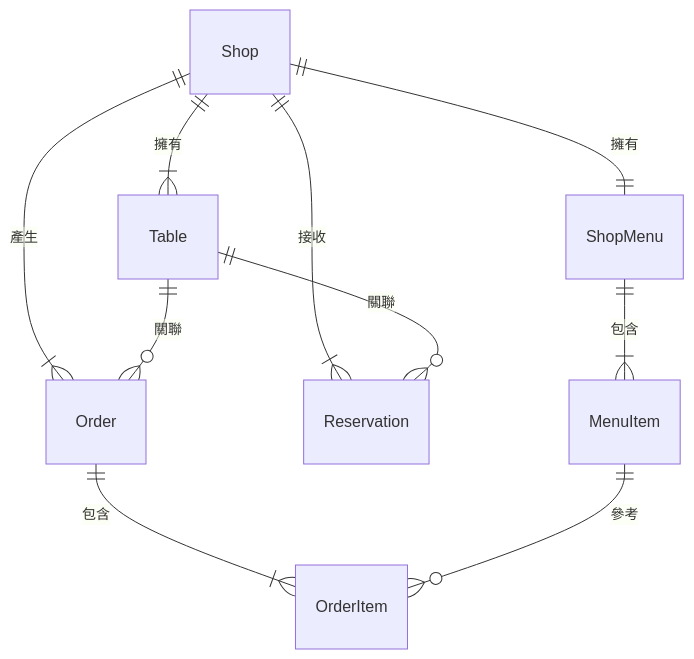
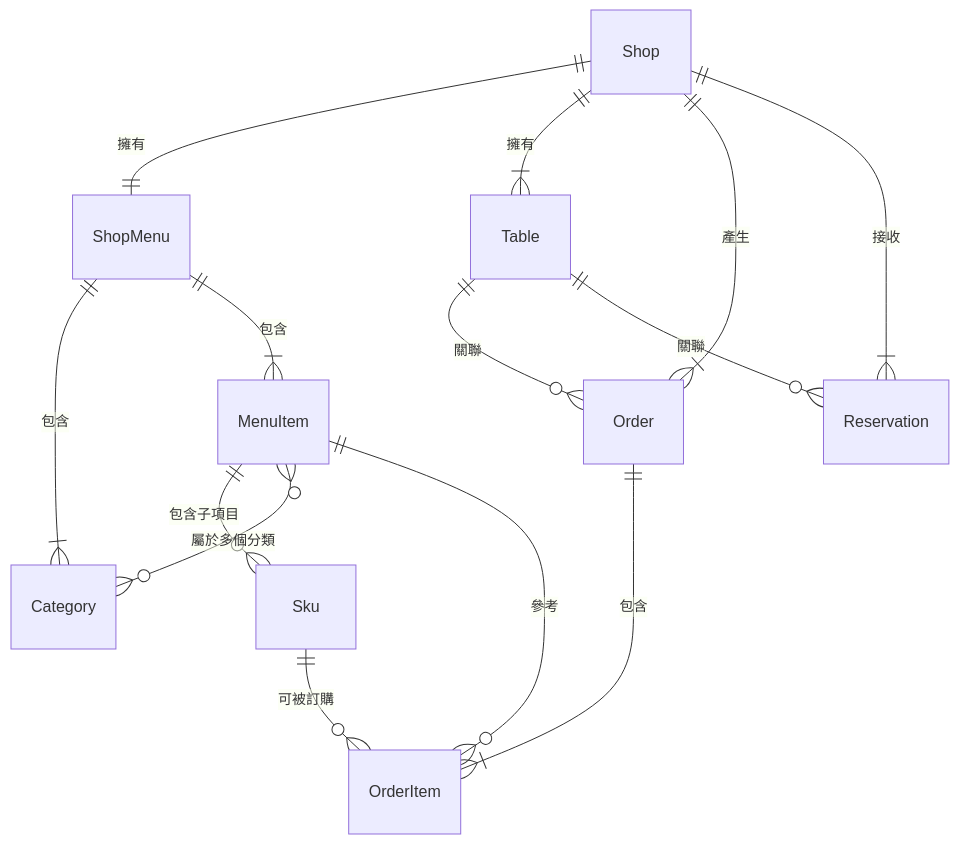
The diagram in doc/data_structure.md (yinflora/smartorder-next), drawn with Mermaid before and after one commit. The commit also changed other lines of this file, not shown here.

First line of the commit message:
docs: enhance menu and order data structure

````diff
--- a/doc/data_structure.md
+++ b/doc/data_structure.md
@@ -97,12 +321,16 @@
 ```mermaid
 erDiagram
     Shop ||--|| ShopMenu : "擁有"
     Shop ||--|{ Table : "擁有"
     Shop ||--|{ Order : "產生"
     Shop ||--|{ Reservation : "接收"
+    ShopMenu ||--|{ Category : "包含"
     ShopMenu ||--|{ MenuItem : "包含"
+    MenuItem ||--o{ Sku : "包含子項目"
+    MenuItem }o--o{ Category : "屬於多個分類"
     Order ||--|{ OrderItem : "包含"
     MenuItem ||--o{ OrderItem : "參考"
+    Sku ||--o{ OrderItem : "可被訂購"
     Table ||--o{ Order : "關聯"
     Table ||--o{ Reservation : "關聯"
 ```
````
